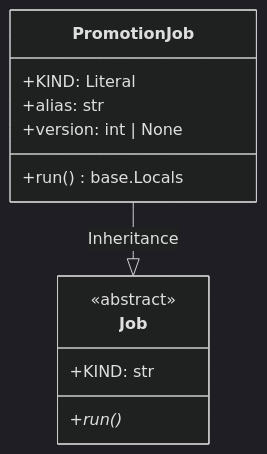
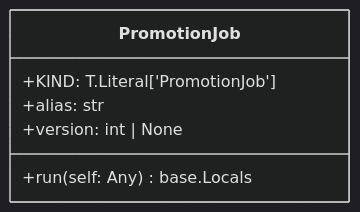
The first of 2 diagrams in openwiki/modules/regression_model_template/jobs/promotion.md (lgcorzo/mlops-python-package), drawn with Mermaid (dark theme) before and after one commit. The commit also changed other lines of this file and 40 other files, not shown here.

````diff
--- a/openwiki/modules/regression_model_template/jobs/promotion.md
+++ b/openwiki/modules/regression_model_template/jobs/promotion.md
@@ -26,16 +23,10 @@
 ```mermaid
 classDiagram
     direction BT
-    class Job {
-        <<abstract>>
-        +KIND: str
-        +run()*
-    }
     class PromotionJob {
-        +KIND: Literal
+        +KIND: T.Literal['PromotionJob']
         +alias: str
         +version: int | None
-        +run() base.Locals
+        +run(self: Any) base.Locals
     }
-    Job <|-- PromotionJob : Inheritance
 ```
````
